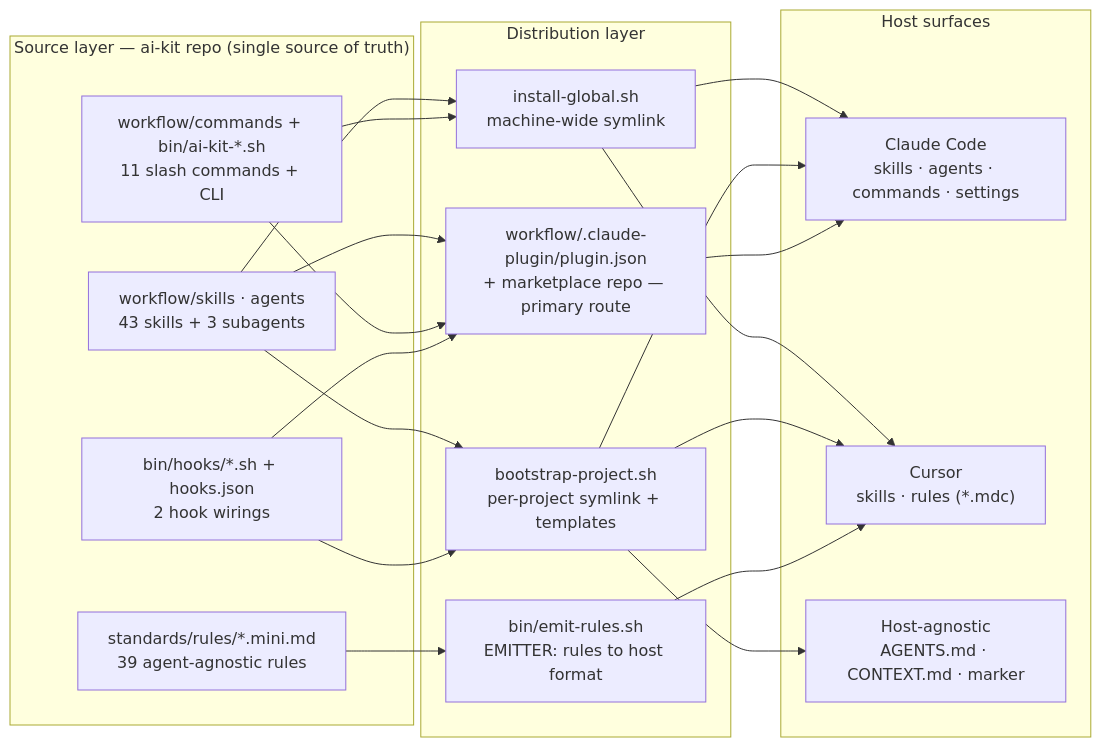
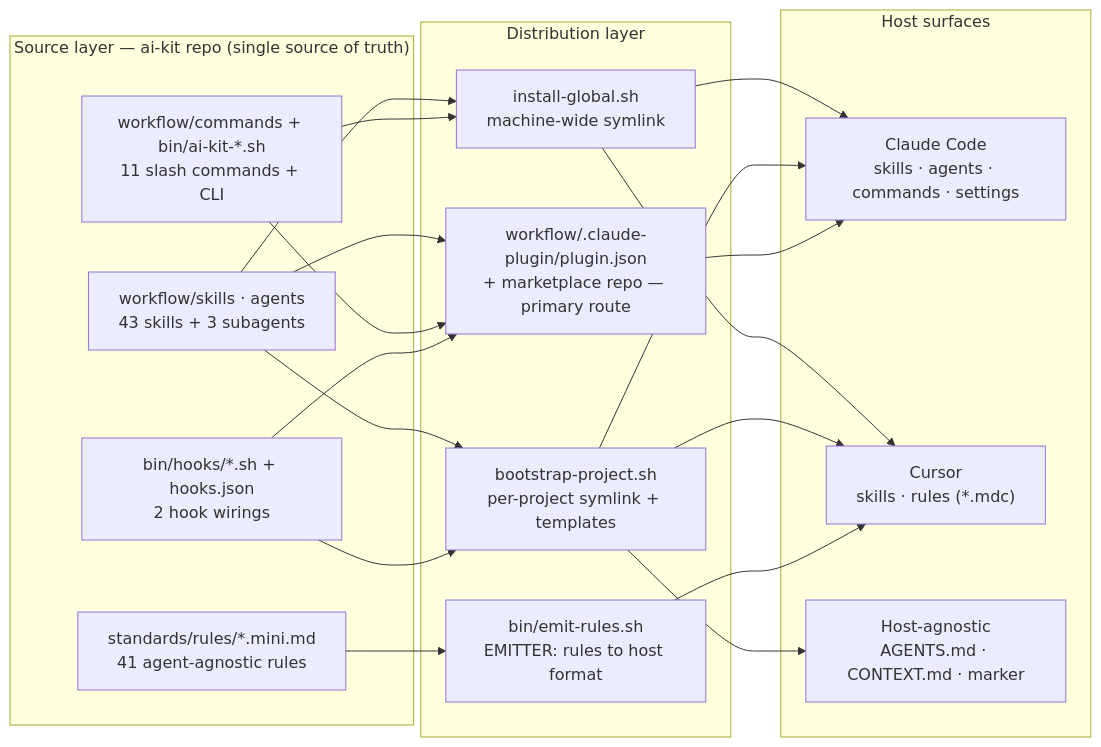
Before and after one commit to yusufkaracaburun/ai-kit: the first of 2 diagrams in docs/diagrams.md, drawn with Mermaid. The commit also changed 12 other files, not shown here.

````diff
--- a/docs/diagrams.md
+++ b/docs/diagrams.md
@@ -10,32 +10,32 @@
 ```mermaid
 flowchart LR
   subgraph SRC["Source layer — ai-kit repo (single source of truth)"]
     SA["workflow/skills · agents<br/>43 skills + 3 subagents"]
     CB["workflow/commands + bin/ai-kit-*.sh<br/>11 slash commands + CLI"]
     H["bin/hooks/*.sh + hooks.json<br/>2 hook wirings"]
-    R["standards/rules/*.mini.md<br/>39 agent-agnostic rules"]
+    R["standards/rules/*.mini.md<br/>41 agent-agnostic rules"]
   end
 
   subgraph DIST["Distribution layer"]
     IG["install-global.sh<br/>machine-wide symlink"]
     PL["workflow/.claude-plugin/plugin.json<br/>+ marketplace repo — primary route"]
     BP["bootstrap-project.sh<br/>per-project symlink + templates"]
     ER["bin/emit-rules.sh<br/>EMITTER: rules to host format"]
   end
 
   subgraph HOSTS["Host surfaces"]
     CC["Claude Code<br/>skills · agents · commands · settings"]
     CU["Cursor<br/>skills · rules (*.mdc)"]
     HA["Host-agnostic<br/>AGENTS.md · CONTEXT.md · marker"]
   end
 
   SA --> IG & BP & PL
   CB --> IG & PL
   H --> PL & BP
   R --> ER
 
   IG --> CC & CU
   BP --> CC & CU & HA
   PL --> CC
   ER --> CU
 ```
````
